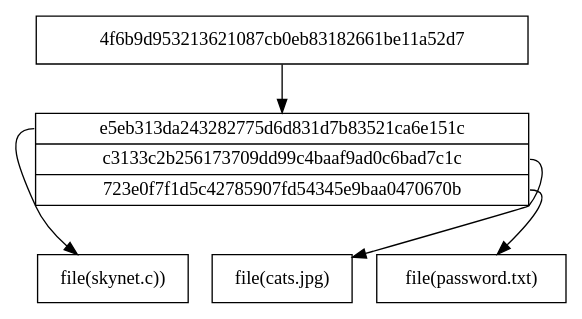
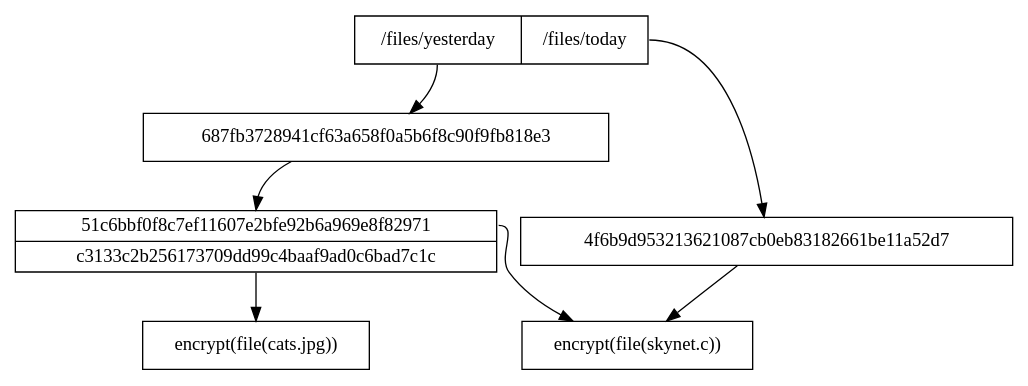
One commit to packnback/site changed the diagram in packnback.github.io/content/blog/dedup_and_encryption_fig1.gv. Above: the diagram before and after it, drawn with Graphviz.

Commit message:
improve diagram

```diff
--- a/packnback.github.io/content/blog/dedup_and_encryption_fig1.gv
+++ b/packnback.github.io/content/blog/dedup_and_encryption_fig1.gv
@@ -1,12 +1,15 @@
 digraph structs {
 	node [shape=record];
-	root [label="4f6b9d953213621087cb0eb83182661be11a52d7"];
-	mid [label="{<f0> e5eb313da243282775d6d831d7b83521ca6e151c|<f1> c3133c2b256173709dd99c4baaf9ad0c6bad7c1c|<f2> 723e0f7f1d5c42785907fd54345e9baa0470670b}"];
-	data1 [label="file(skynet.c))"];
-	data2 [label="file(cats.jpg)"];
-	data3 [label="file(password.txt)"];
-	root -> mid:f0;
-	mid:f0 -> data1;
-	mid:f1 -> data2;
-	mid:f2 -> data3;
+	backups [label="<today> /files/yesterday | <yesterday> /files/today"];
+	root1 [label="4f6b9d953213621087cb0eb83182661be11a52d7"];
+	data1 [label="encrypt(file(skynet.c))"];
+	data2 [label="encrypt(file(cats.jpg))"];
+	root2 [label="687fb3728941cf63a658f0a5b6f8c90f9fb818e3"];
+	mid2 [label="{<f0> 51c6bbf0f8c7ef11607e2bfe92b6a969e8f82971 |<f1> c3133c2b256173709dd99c4baaf9ad0c6bad7c1c}"];
+	backups:yesterday->root1;
+	backups:today->root2;
+	root1 -> data1;
+	root2 -> mid2:f0;
+	mid2:f0 -> data1;
+	mid2:f1 -> data2;
 }
```
